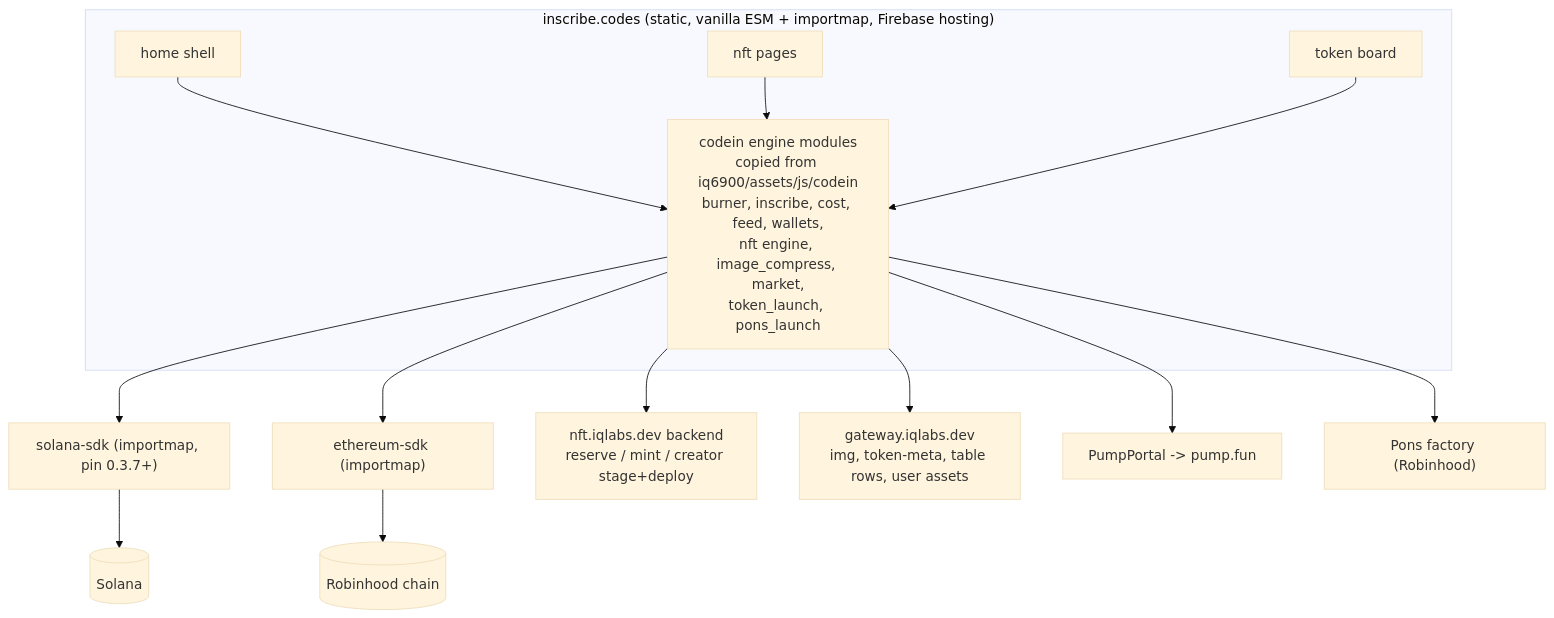
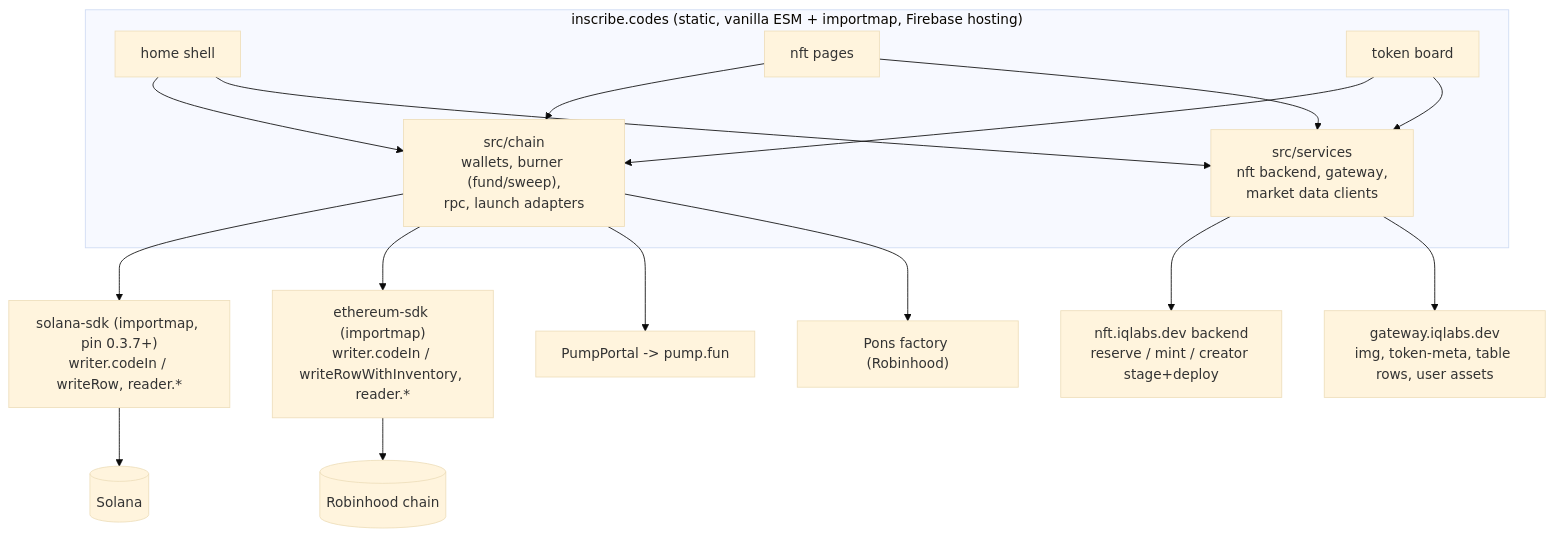
Before and after one commit to IQCoreTeam/inscribe-codes: the second of 2 diagrams in README.md, drawn with Mermaid (base theme). The commit also changed other lines of this file and 10 other files, not shown here.

````diff
--- a/README.md
+++ b/README.md
@@ -32,20 +32,24 @@
 ```mermaid
 flowchart TB
     subgraph SITE["inscribe.codes (static, vanilla ESM + importmap, Firebase hosting)"]
         HOMEV[home shell]
         NFTV[nft pages]
         TOKV[token board]
-        ENG["codein engine modules<br/>copied from iq6900/assets/js/codein<br/>burner, inscribe, cost, feed, wallets,<br/>nft engine, image_compress, market,<br/>token_launch, pons_launch"]
-        HOMEV --> ENG
-        NFTV --> ENG
-        TOKV --> ENG
+        CHAIN["src/chain<br/>wallets, burner (fund/sweep),<br/>rpc, launch adapters"]
+        SVC["src/services<br/>nft backend, gateway,<br/>market data clients"]
+        HOMEV --> CHAIN
+        NFTV --> CHAIN
+        TOKV --> CHAIN
+        HOMEV --> SVC
+        NFTV --> SVC
+        TOKV --> SVC
     end
-    ENG --> SSDK["solana-sdk (importmap, pin 0.3.7+)"]
-    ENG --> ESDK["ethereum-sdk (importmap)"]
-    ENG --> NFTBE["nft.iqlabs.dev backend<br/>reserve / mint / creator stage+deploy"]
-    ENG --> GW["gateway.iqlabs.dev<br/>img, token-meta, table rows, user assets"]
-    ENG --> PP["PumpPortal -> pump.fun"]
-    ENG --> PONS["Pons factory (Robinhood)"]
+    CHAIN --> SSDK["solana-sdk (importmap, pin 0.3.7+)<br/>writer.codeIn / writeRow, reader.*"]
+    CHAIN --> ESDK["ethereum-sdk (importmap)<br/>writer.codeIn / writeRowWithInventory, reader.*"]
+    SVC --> NFTBE["nft.iqlabs.dev backend<br/>reserve / mint / creator stage+deploy"]
+    SVC --> GW["gateway.iqlabs.dev<br/>img, token-meta, table rows, user assets"]
+    CHAIN --> PP["PumpPortal -> pump.fun"]
+    CHAIN --> PONS["Pons factory (Robinhood)"]
     SSDK --> SOL[(Solana)]
     ESDK --> RH[(Robinhood chain)]
 ```
````
